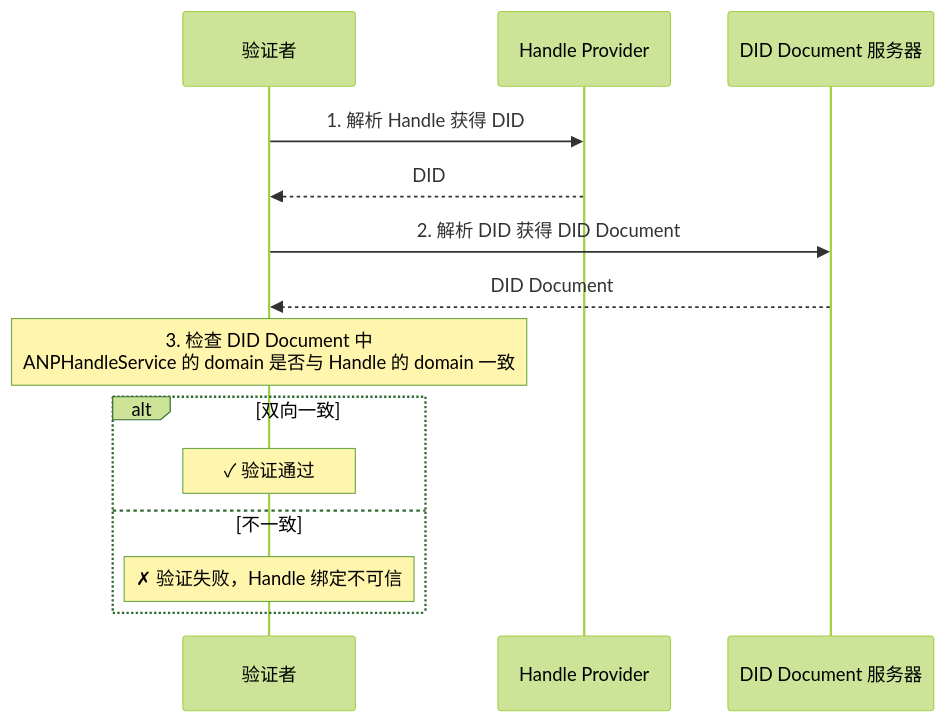
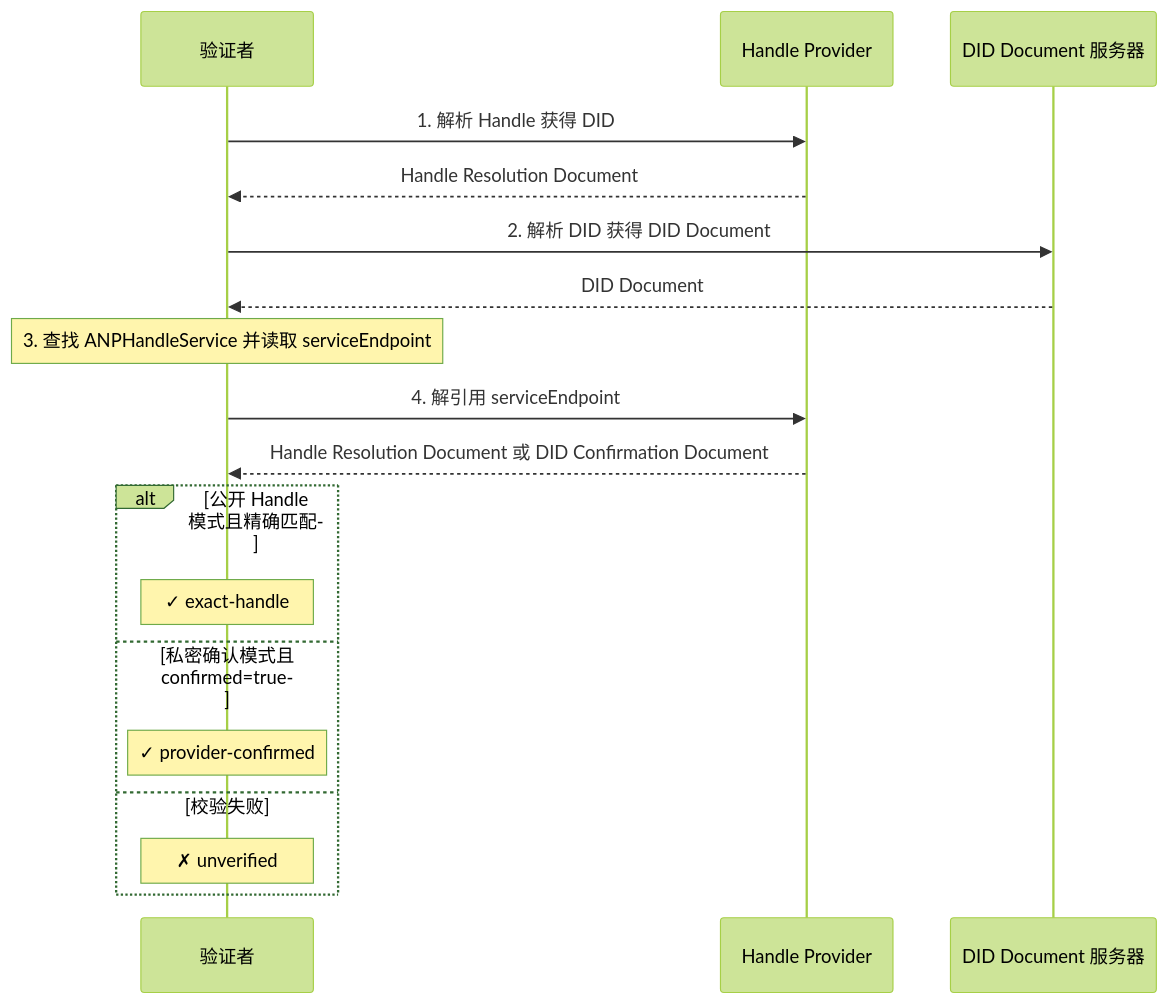
One commit to NeatNerdPrime/AgentNetworkProtocol changed the second of 2 diagrams in chinese/04-ANP-基于DID-WBA的命名空间规范.md. Above: the diagram before and after it, drawn with Mermaid (forest theme). The commit also changed other lines of this file and 4 other files, not shown here.

````diff
--- a/chinese/04-ANP-基于DID-WBA的命名空间规范.md
+++ b/chinese/04-ANP-基于DID-WBA的命名空间规范.md
@@ -336,17 +388,21 @@
 ```mermaid
 sequenceDiagram
     participant V as 验证者
     participant H as Handle Provider
     participant D as DID Document 服务器
 
     V->>H: 1. 解析 Handle 获得 DID
-    H-->>V: DID
+    H-->>V: Handle Resolution Document
     V->>D: 2. 解析 DID 获得 DID Document
     D-->>V: DID Document
-    Note over V: 3. 检查 DID Document 中<br/>ANPHandleService 的 domain 是否与 Handle 的 domain 一致
-    alt 双向一致
-        Note over V: ✓ 验证通过
-    else 不一致
-        Note over V: ✗ 验证失败，Handle 绑定不可信
+    Note over V: 3. 查找 ANPHandleService 并读取 serviceEndpoint
+    V->>H: 4. 解引用 serviceEndpoint
+    H-->>V: Handle Resolution Document 或 DID Confirmation Document
+    alt 公开 Handle 模式且精确匹配
+        Note over V: ✓ exact-handle
+    else 私密确认模式且 confirmed=true
+        Note over V: ✓ provider-confirmed
+    else 校验失败
+        Note over V: ✗ unverified
     end
 ```
````
